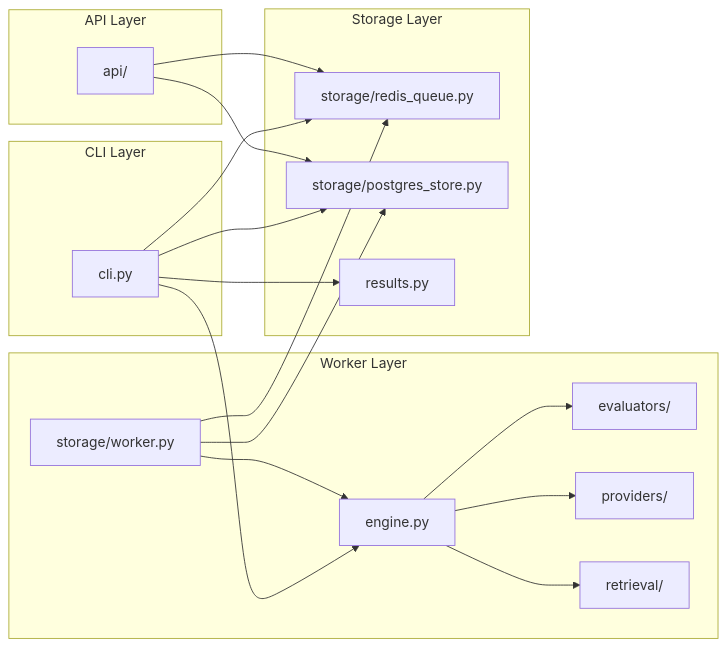
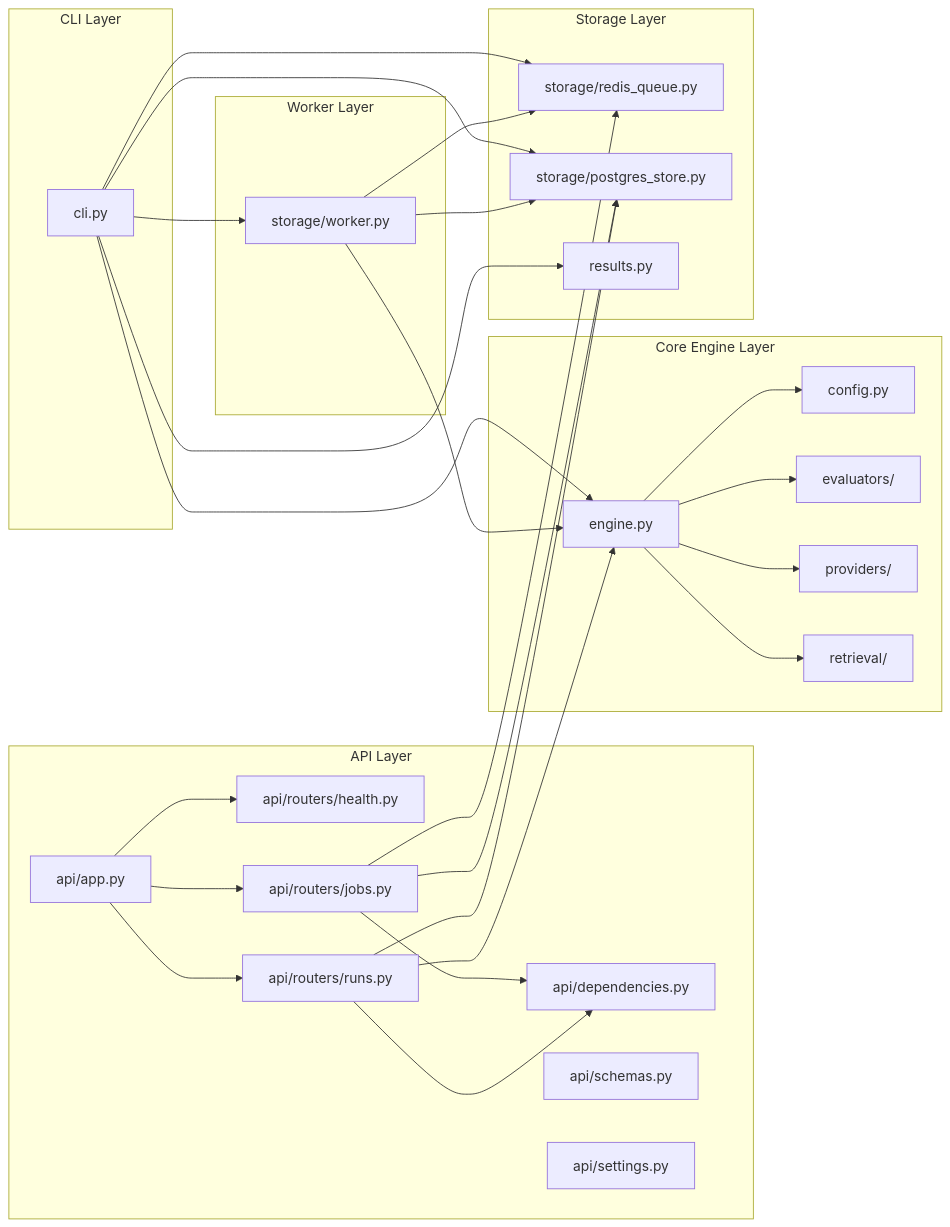
The third of 3 diagrams in ARCHITECTURE.md (avinashankur/evalbench), drawn with Mermaid before and after one commit. The commit also changed other lines of this file and 14 other files, not shown here.

First line of the commit message:
feat(api): add async job queue endpoints

````diff
--- a/ARCHITECTURE.md
+++ b/ARCHITECTURE.md
@@ -76,37 +76,59 @@
 ```mermaid
 graph LR
   subgraph CLI Layer
     CLI[cli.py]
   end
 
   subgraph API Layer
-    API[api/]
+    App[api/app.py]
+    HealthRouter[api/routers/health.py]
+    JobsRouter[api/routers/jobs.py]
+    RunsRouter[api/routers/runs.py]
+    Deps[api/dependencies.py]
+    Schemas[api/schemas.py]
+    Settings[api/settings.py]
   end
 
   subgraph Worker Layer
     Worker[storage/worker.py]
+  end
+
+  subgraph Core Engine Layer
+    Config[config.py]
     Engine[engine.py]
     Evaluators[evaluators/]
     Providers[providers/]
     Retrieval[retrieval/]
   end
 
   subgraph Storage Layer
     RedisQueue[storage/redis_queue.py]
     PostgresStore[storage/postgres_store.py]
     LocalStore[results.py]
   end
 
   CLI --> Engine
   CLI --> LocalStore
   CLI --> RedisQueue
   CLI --> PostgresStore
-  API --> RedisQueue
-  API --> PostgresStore
+  CLI --> Worker
+
+  App --> HealthRouter
+  App --> JobsRouter
+  App --> RunsRouter
+  JobsRouter --> Deps
+  RunsRouter --> Deps
+  JobsRouter --> RedisQueue
+  JobsRouter --> PostgresStore
+  RunsRouter --> PostgresStore
+  RunsRouter --> Engine
+
   Worker --> RedisQueue
   Worker --> Engine
+  Worker --> PostgresStore
+
+  Engine --> Config
   Engine --> Evaluators
   Engine --> Providers
   Engine --> Retrieval
-  Worker --> PostgresStore
 ```
````
